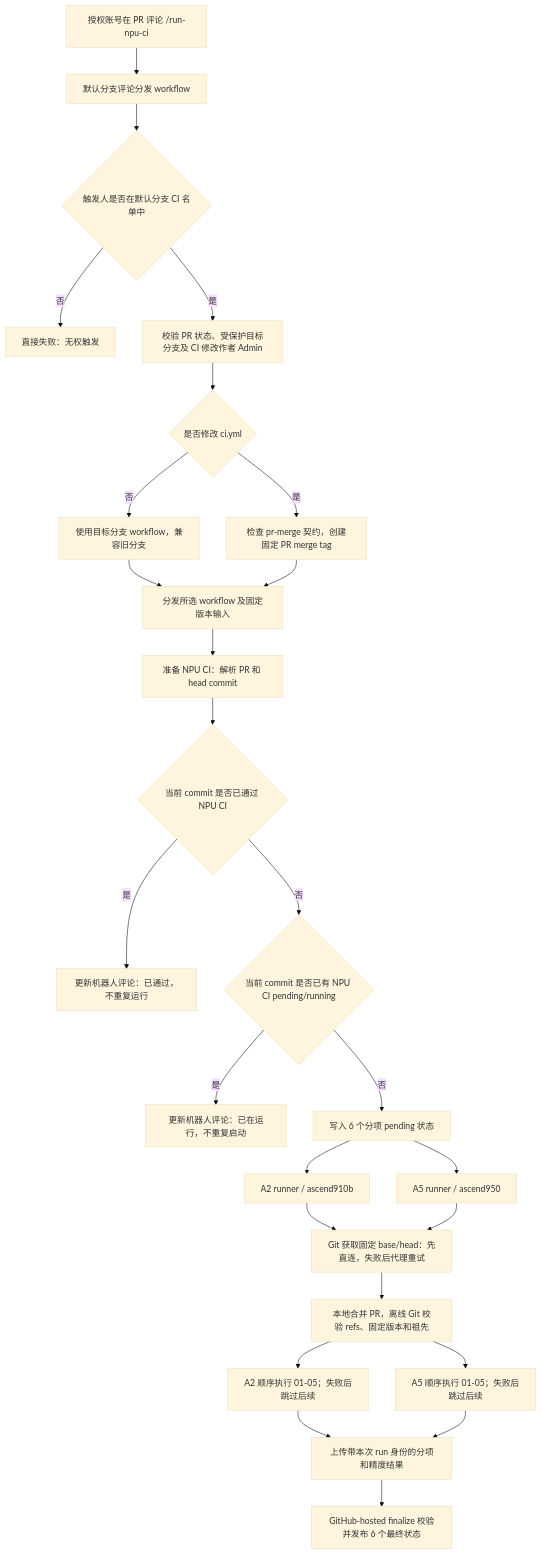
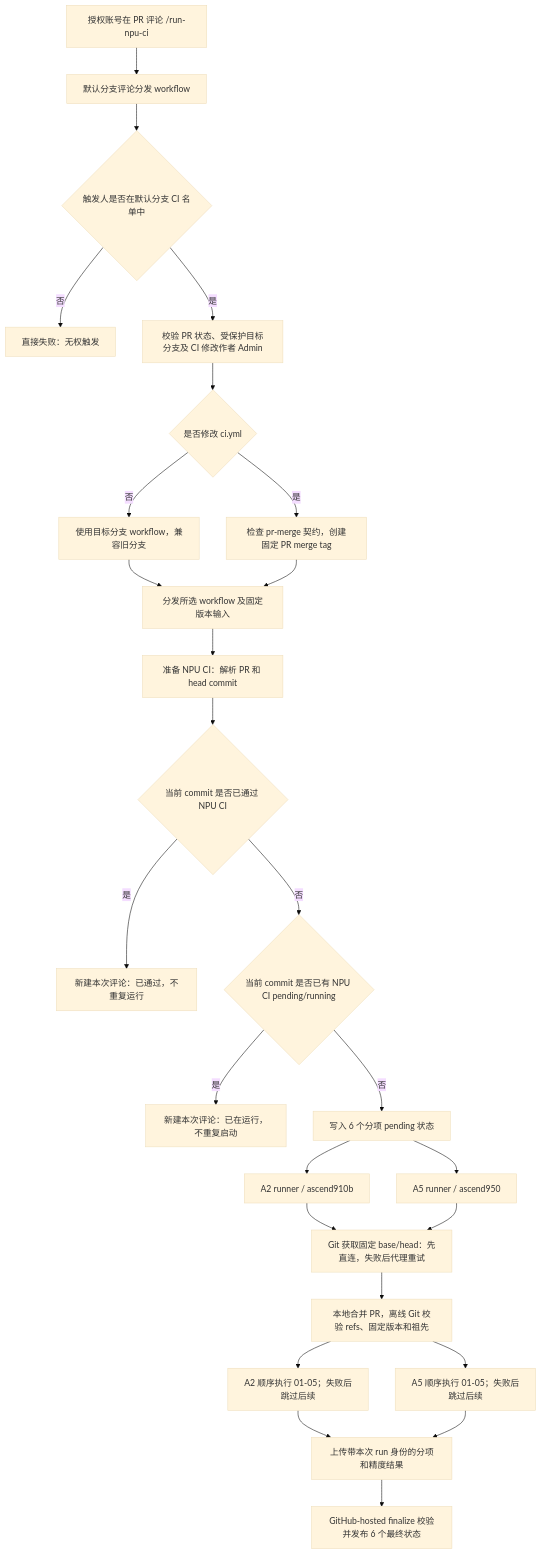
One commit to flashserve/flash-linear-attention-npu changed the second of 4 diagrams in docs/Fla-npu仓CI部署教程.md. Above: the diagram before and after it, drawn with Mermaid (base theme). The commit also changed other lines of this file and 11 other files, not shown here.

Commit message:
refactor(ci): consolidate regression checks and document execution flow

````diff
--- a/docs/Fla-npu仓CI部署教程.md
+++ b/docs/Fla-npu仓CI部署教程.md
@@ -99,28 +99,28 @@
 ```mermaid
 flowchart TD
     A["授权账号在 PR 评论 /run-npu-ci"] --> B["默认分支评论分发 workflow"]
     B --> C{"触发人是否在默认分支 CI 名单中"}
     C -- "否" --> D["直接失败：无权触发"]
     C -- "是" --> E["校验 PR 状态、受保护目标分支及 CI 修改作者 Admin"]
     E --> W{"是否修改 ci.yml"}
     W -- "否" --> X["使用目标分支 workflow，兼容旧分支"]
     W -- "是" --> Y["检查 pr-merge 契约，创建固定 PR merge tag"]
     X --> F["分发所选 workflow 及固定版本输入"]
     Y --> F
     F --> G["准备 NPU CI：解析 PR 和 head commit"]
     G --> H{"当前 commit 是否已通过 NPU CI"}
-    H -- "是" --> I["更新机器人评论：已通过，不重复运行"]
+    H -- "是" --> I["新建本次评论：已通过，不重复运行"]
     H -- "否" --> J{"当前 commit 是否已有 NPU CI pending/running"}
-    J -- "是" --> K["更新机器人评论：已在运行，不重复启动"]
+    J -- "是" --> K["新建本次评论：已在运行，不重复启动"]
     J -- "否" --> L["写入 6 个分项 pending 状态"]
     L --> M["A2 runner / ascend910b"]
     L --> N["A5 runner / ascend950"]
     M --> S["Git 获取固定 base/head：先直连，失败后代理重试"]
     N --> S
     S --> T["本地合并 PR，离线 Git 校验 refs、固定版本和祖先"]
     T --> O["A2 顺序执行 01-05；失败后跳过后续"]
     T --> P["A5 顺序执行 01-05；失败后跳过后续"]
     O --> Q["上传带本次 run 身份的分项和精度结果"]
     P --> Q
     Q --> R["GitHub-hosted finalize 校验并发布 6 个最终状态"]
 ```
````
